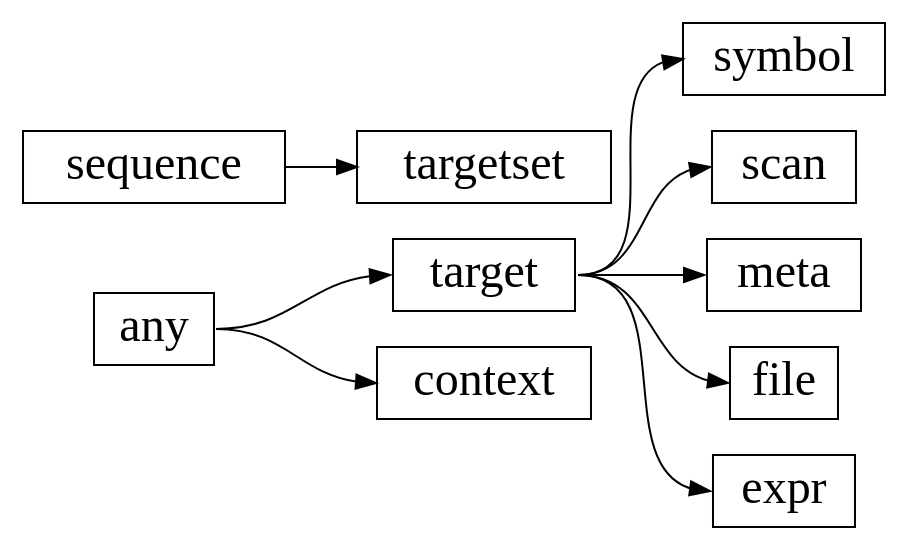
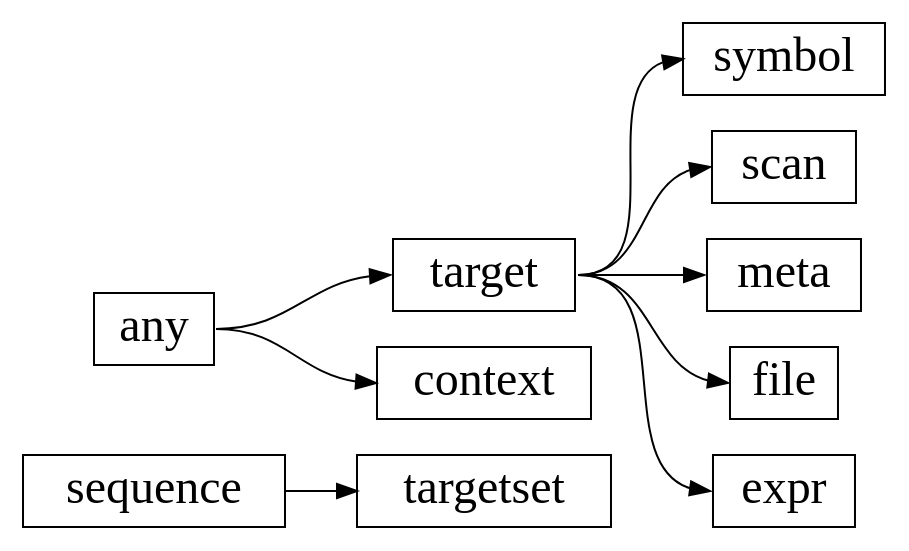
Before and after one commit to wrapl/rabs: the diagram in docs/library/hierarchy.rst, drawn with Graphviz. The commit also changed 17 other files, not shown here.

```diff
--- a/docs/library/hierarchy.rst
+++ b/docs/library/hierarchy.rst
@@ -5,20 +5,19 @@
 .. graphviz::
 
    digraph hierarchy {
-      size="180,120";
       rankdir="LR";
       fontsize="40pt"
       concentrate=true;
       overlap=false;
       packMode="node";
       outputorder="edgesfirst";
       node [shape=box,fontsize=24];
+      "sequence":e -> "targetset":w;
       "target":e -> "symbol":w;
-      "sequence":e -> "targetset":w;
       "target":e -> "scan":w;
       "target":e -> "meta":w;
       "target":e -> "file":w;
       "target":e -> "expr":w;
       "any":e -> "target":w;
       "any":e -> "context":w;
    }
```
